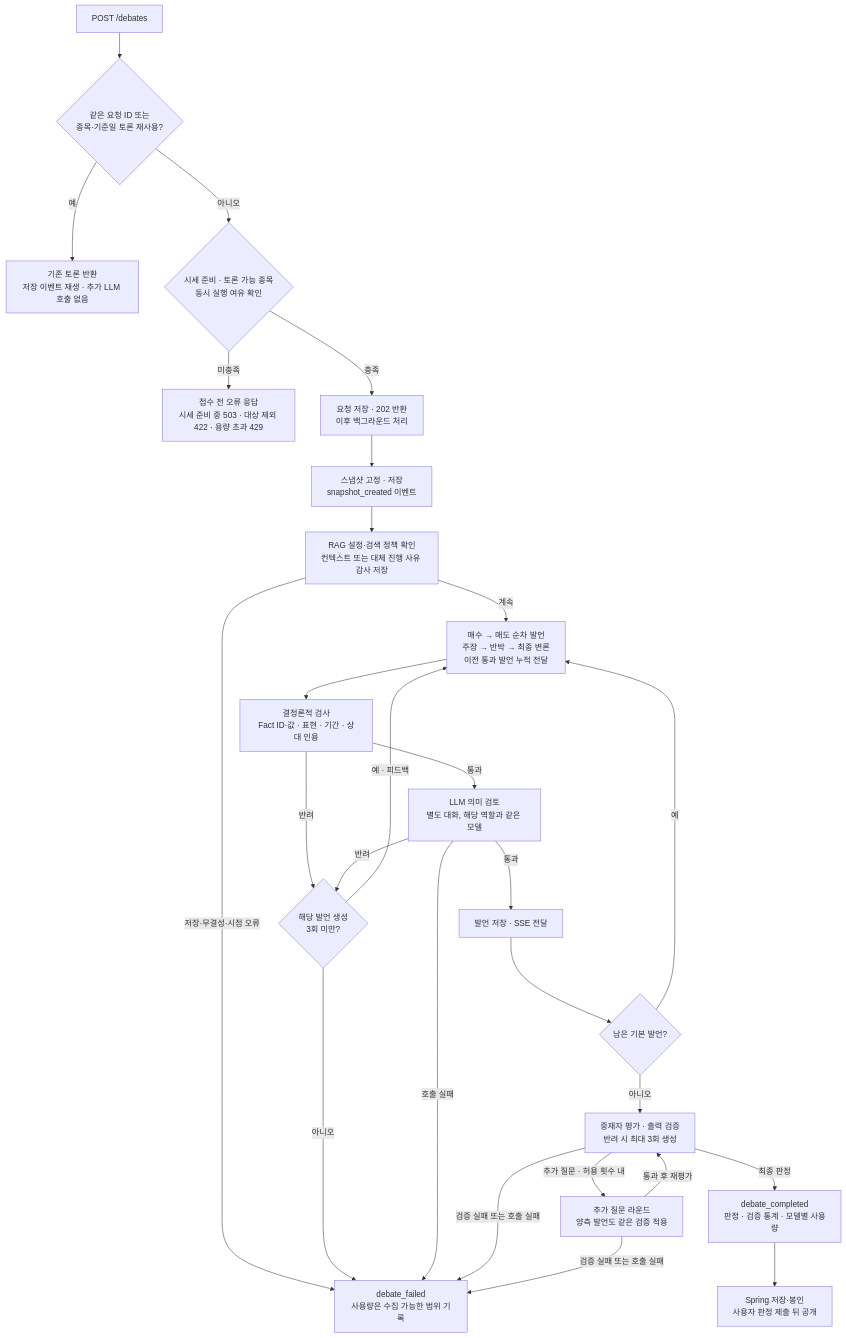
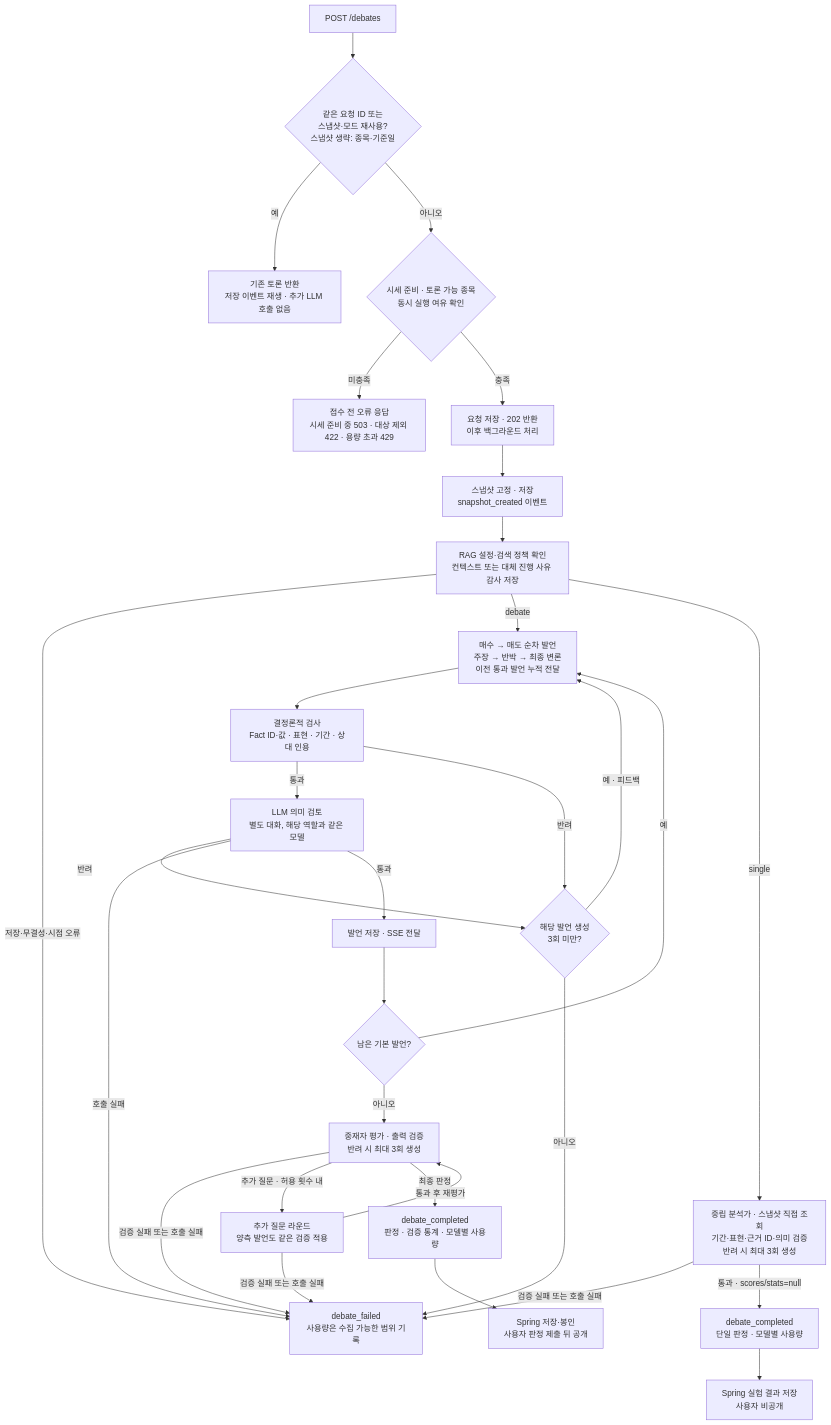
The second of 3 diagrams in ai-worker/README.md (ricky00-dev/bull-and-bear), drawn with Mermaid before and after one commit. The commit also changed other lines of this file and 14 other files, not shown here.

````diff
--- a/ai-worker/README.md
+++ b/ai-worker/README.md
@@ -177,29 +205,33 @@
 ```mermaid
 flowchart TD
-    Request["POST /debates"] --> Reuse{"같은 요청 ID 또는<br/>종목·기준일 토론 재사용?"}
+    Request["POST /debates"] --> Reuse{"같은 요청 ID 또는<br/>스냅샷·모드 재사용?<br/>스냅샷 생략: 종목·기준일"}
     Reuse -->|"예"| Existing["기존 토론 반환<br/>저장 이벤트 재생 · 추가 LLM 호출 없음"]
     Reuse -->|"아니오"| Ready{"시세 준비 · 토론 가능 종목<br/>동시 실행 여유 확인"}
     Ready -->|"미충족"| Reject["접수 전 오류 응답<br/>시세 준비 중 503 · 대상 제외 422 · 용량 초과 429"]
     Ready -->|"충족"| Accepted["요청 저장 · 202 반환<br/>이후 백그라운드 처리"]
     Accepted --> Freeze["스냅샷 고정 · 저장<br/>snapshot_created 이벤트"]
     Freeze --> Context["RAG 설정·검색 정책 확인<br/>컨텍스트 또는 대체 진행 사유 감사 저장"]
     Context -->|"저장·무결성·시점 오류"| Failed["debate_failed<br/>사용량은 수집 가능한 범위 기록"]
-    Context -->|"계속"| Generate["매수 → 매도 순차 발언<br/>주장 → 반박 → 최종 변론<br/>이전 통과 발언 누적 전달"]
+    Context -->|"debate"| Generate["매수 → 매도 순차 발언<br/>주장 → 반박 → 최종 변론<br/>이전 통과 발언 누적 전달"]
+    Context -->|"single"| Single["중립 분석가 · 스냅샷 직접 조회<br/>기간·표현·근거 ID·의미 검증<br/>반려 시 최대 3회 생성"]
+    Single -->|"검증 실패 또는 호출 실패"| Failed
+    Single -->|"통과 · scores/stats=null"| SingleDone["debate_completed<br/>단일 판정 · 모델별 사용량"]
+    SingleDone --> Experiment["Spring 실험 결과 저장<br/>사용자 비공개"]
     Generate --> Rules["결정론적 검사<br/>Fact ID·값 · 표현 · 기간 · 상대 인용"]
     Rules -->|"통과"| Meaning["LLM 의미 검토<br/>별도 대화, 해당 역할과 같은 모델"]
     Rules -->|"반려"| Retry{"해당 발언 생성<br/>3회 미만?"}
     Meaning -->|"반려"| Retry
     Retry -->|"예 · 피드백"| Generate
     Retry -->|"아니오"| Failed
     Meaning -->|"호출 실패"| Failed
     Meaning -->|"통과"| Publish["발언 저장 · SSE 전달"]
     Publish --> More{"남은 기본 발언?"}
     More -->|"예"| Generate
     More -->|"아니오"| Moderator["중재자 평가 · 출력 검증<br/>반려 시 최대 3회 생성"]
     Moderator -->|"검증 실패 또는 호출 실패"| Failed
     Moderator -->|"추가 질문 · 허용 횟수 내"| Extra["추가 질문 라운드<br/>양측 발언도 같은 검증 적용"]
     Extra -->|"통과 후 재평가"| Moderator
     Extra -->|"검증 실패 또는 호출 실패"| Failed
     Moderator -->|"최종 판정"| Completed["debate_completed<br/>판정 · 검증 통계 · 모델별 사용량"]
     Completed --> Seal["Spring 저장·봉인<br/>사용자 판정 제출 뒤 공개"]
 ```
````
